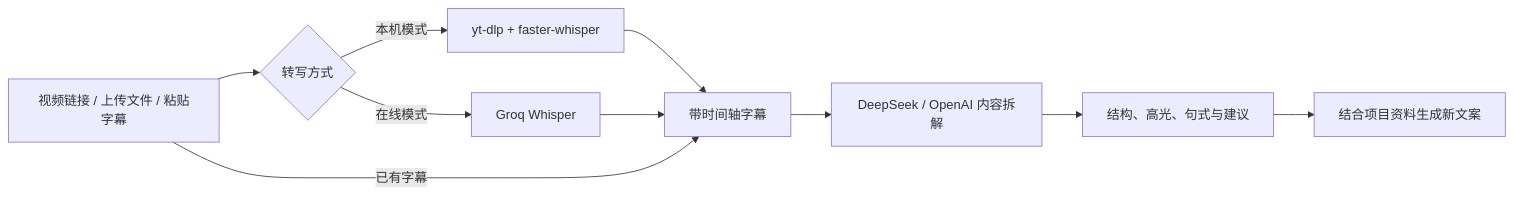
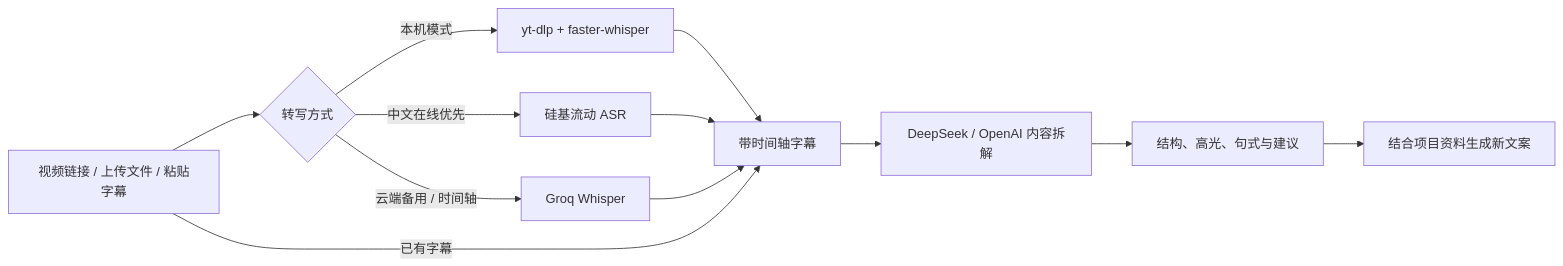
The diagram in README.md (jackshaw0317-debug/chaipian-ai), drawn with Mermaid before and after one commit. The commit also changed other lines of this file and 12 other files, not shown here.

````diff
--- a/README.md
+++ b/README.md
@@ -38,12 +39,14 @@
 ```mermaid
 flowchart LR
     A["视频链接 / 上传文件 / 粘贴字幕"] --> B{"转写方式"}
     B -->|"本机模式"| C["yt-dlp + faster-whisper"]
-    B -->|"在线模式"| D["Groq Whisper"]
+    B -->|"中文在线优先"| D["硅基流动 ASR"]
+    B -->|"云端备用 / 时间轴"| I["Groq Whisper"]
     C --> E["带时间轴字幕"]
     D --> E
+    I --> E
     A -->|"已有字幕"| E
     E --> F["DeepSeek / OpenAI 内容拆解"]
     F --> G["结构、高光、句式与建议"]
     G --> H["结合项目资料生成新文案"]
 ```
````
